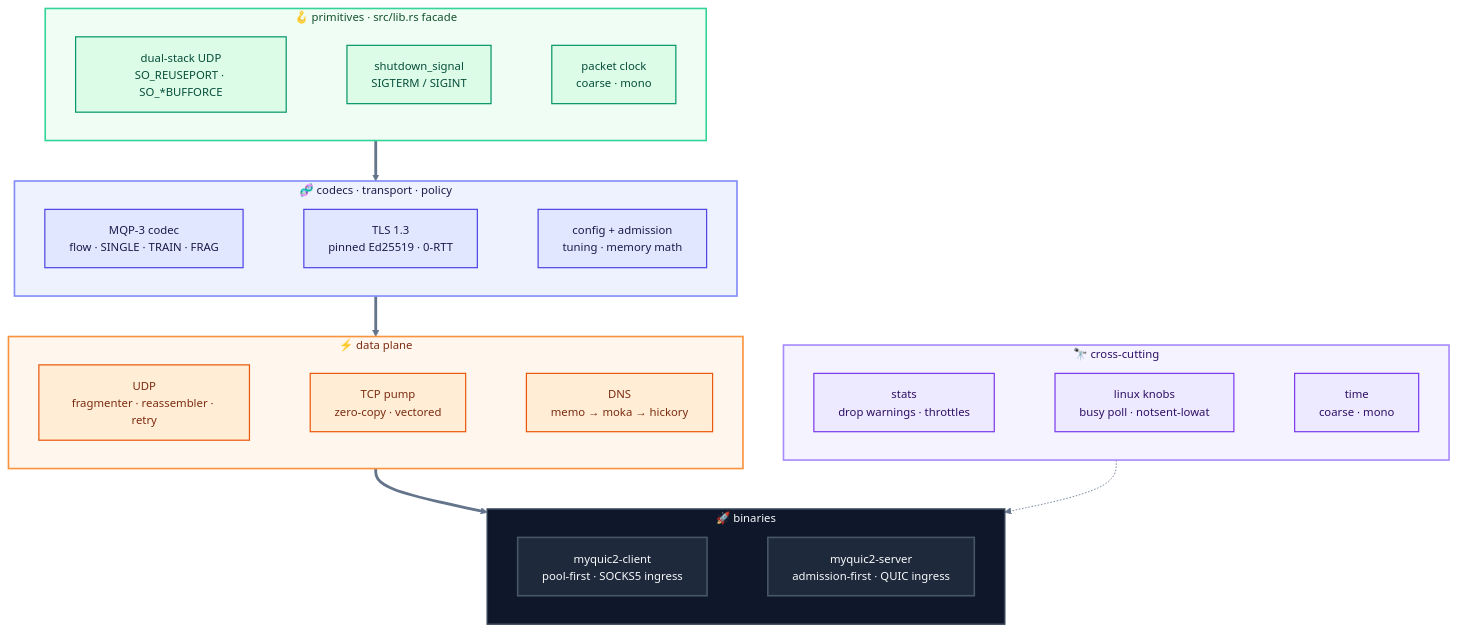
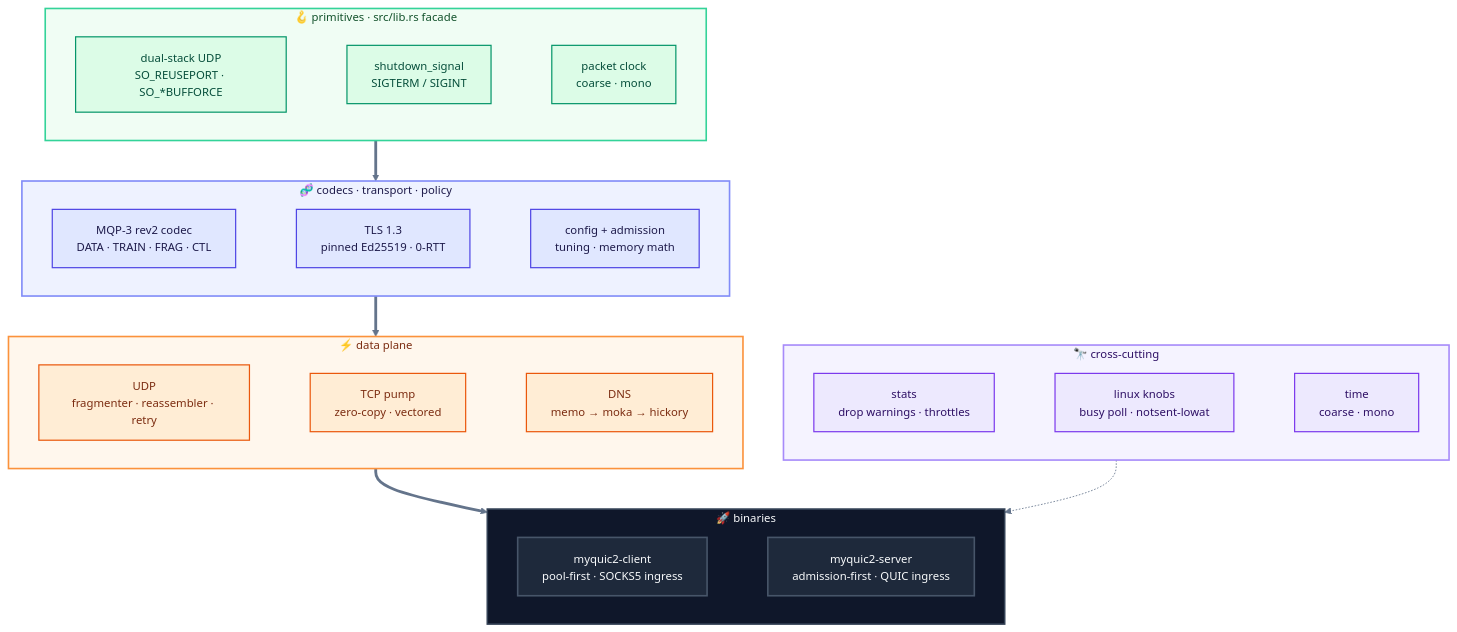
One commit to Terutoki/MyQUIC2 changed the eighth of 8 diagrams in README.md. Above: the diagram before and after it, drawn with Mermaid. The commit also changed other lines of this file and 37 other files, not shown here.

````diff
--- a/README.md
+++ b/README.md
@@ -405,55 +405,55 @@
 ```mermaid
 %%{init: {"theme":"base","themeVariables":{"fontSize":"14px","lineColor":"#64748b"}}}%%
 flowchart TB
     subgraph L1["🪝  primitives · src/lib.rs facade"]
         direction LR
         S1["dual-stack UDP<br/>SO_REUSEPORT · SO_*BUFFORCE"]
         S2["shutdown_signal<br/>SIGTERM / SIGINT"]
         S3["packet clock<br/>coarse · mono"]
         S1 ~~~ S2 ~~~ S3
     end
     subgraph L2["🧬  codecs · transport · policy"]
         direction LR
-        C1["MQP-3 codec<br/>flow · SINGLE · TRAIN · FRAG"]
+        C1["MQP-3 rev2 codec<br/>DATA · TRAIN · FRAG · CTL"]
         C2["TLS 1.3<br/>pinned Ed25519 · 0-RTT"]
         C3["config + admission<br/>tuning · memory math"]
         C1 ~~~ C2 ~~~ C3
     end
     subgraph L3["⚡  data plane"]
         direction LR
         D1["UDP<br/>fragmenter · reassembler · retry"]
         D2["TCP pump<br/>zero-copy · vectored"]
         D3["DNS<br/>memo → moka → hickory"]
         D1 ~~~ D2 ~~~ D3
     end
     subgraph L4["🔭  cross-cutting"]
         direction LR
         O1["stats<br/>drop warnings · throttles"]
         O2["linux knobs<br/>busy poll · notsent-lowat"]
         O3["time<br/>coarse · mono"]
         O1 ~~~ O2 ~~~ O3
     end
     subgraph BIN["🚀  binaries"]
         direction LR
         B1["myquic2-client<br/>pool-first · SOCKS5 ingress"]
         B2["myquic2-server<br/>admission-first · QUIC ingress"]
         B1 ~~~ B2
     end
     L1 ==> L2 ==> L3 ==> BIN
     L4 -.-> BIN
     style L1 fill:#f0fdf4,stroke:#34d399,stroke-width:2px,color:#14532d
     style L2 fill:#eef2ff,stroke:#818cf8,stroke-width:2px,color:#1e1b4b
     style L3 fill:#fff7ed,stroke:#fb923c,stroke-width:2px,color:#7c2d12
     style L4 fill:#f5f3ff,stroke:#a78bfa,stroke-width:2px,color:#2e1065
     style BIN fill:#0f172a,stroke:#334155,stroke-width:2px,color:#f8fafc
     classDef prim fill:#dcfce7,stroke:#059669,stroke-width:1.5px,color:#064e3b
     classDef codec fill:#e0e7ff,stroke:#4f46e5,stroke-width:1.5px,color:#1e1b4b
     classDef data fill:#ffedd5,stroke:#ea580c,stroke-width:1.5px,color:#7c2d12
     classDef cross fill:#ede9fe,stroke:#7c3aed,stroke-width:1.5px,color:#2e1065
     classDef bin fill:#1e293b,stroke:#475569,stroke-width:2px,color:#f8fafc
     class S1,S2,S3 prim
     class C1,C2,C3 codec
     class D1,D2,D3 data
     class O1,O2,O3 cross
     class B1,B2 bin
 ```
````
